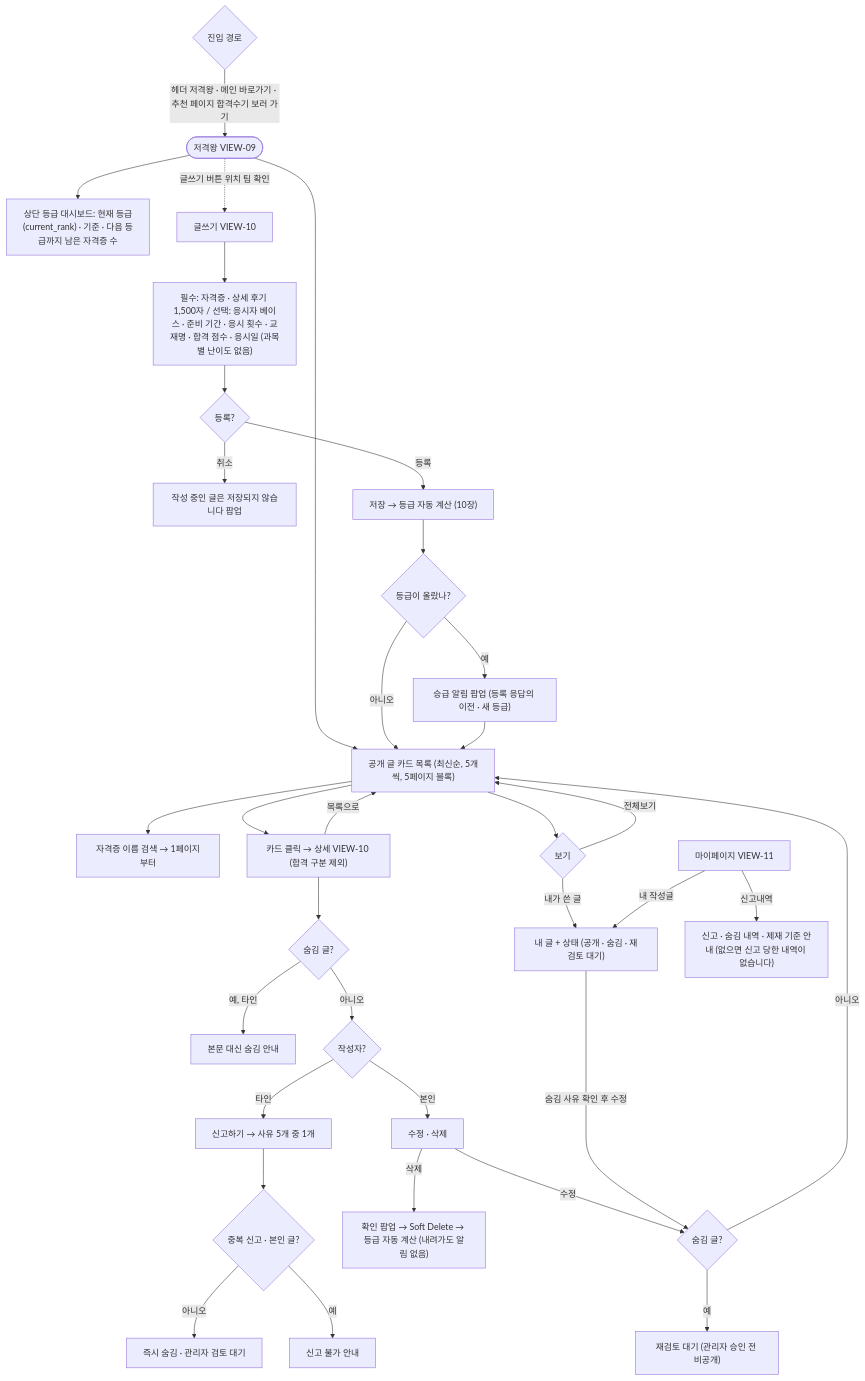
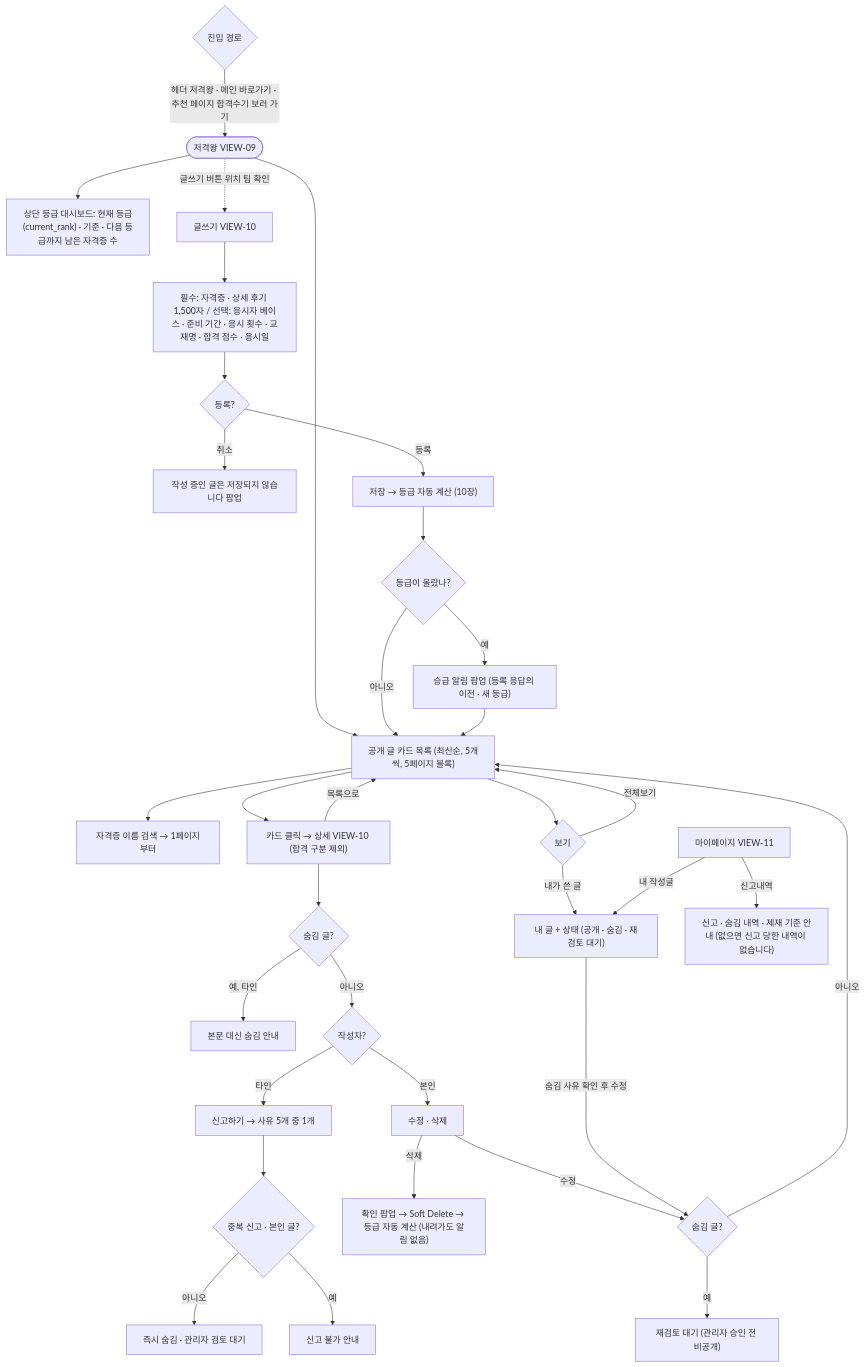
Before and after one commit to team-ap-cert-sniper/cert-sniper: the ninth of 12 diagrams in docs/FLOWCHART.md, drawn with Mermaid. The commit also changed other lines of this file and 361 other files, not shown here.

````diff
--- a/docs/FLOWCHART.md
+++ b/docs/FLOWCHART.md
@@ -306,36 +305,36 @@
 ```mermaid
 flowchart TD
   IN{"진입 경로"} -->|헤더 저격왕 · 메인 바로가기 · 추천 페이지 합격수기 보러 가기| A(["저격왕 VIEW-09"])
   A --> DB["상단 등급 대시보드: 현재 등급(current_rank) · 기준 · 다음 등급까지 남은 자격증 수"]
   A --> L["공개 글 카드 목록 (최신순, 5개씩, 5페이지 블록)"]
   L --> S["자격증 이름 검색 → 1페이지부터"]
   L --> V{"보기"}
   V -->|전체보기| L
   V -->|내가 쓴 글| MYL["내 글 + 상태 (공개 · 숨김 · 재검토 대기)"]
   L --> D["카드 클릭 → 상세 VIEW-10 (합격 구분 제외)"]
   D --> HID{"숨김 글?"}
   HID -->|예, 타인| HN["본문 대신 숨김 안내"]
   HID -->|아니오| O{"작성자?"}
   O -->|본인| ED["수정 · 삭제"]
   O -->|타인| RP["신고하기 → 사유 5개 중 1개"]
   D -->|목록으로| L
   RP --> RP2{"중복 신고 · 본인 글?"}
   RP2 -->|예| RP3["신고 불가 안내"]
   RP2 -->|아니오| RP4["즉시 숨김 · 관리자 검토 대기"]
   A -.->|글쓰기 버튼 위치 팀 확인| W["글쓰기 VIEW-10"]
-  W --> W1["필수: 자격증 · 상세 후기 1,500자 / 선택: 응시자 베이스 · 준비 기간 · 응시 횟수 · 교재명 · 합격 점수 · 응시일 (과목별 난이도 없음)"]
+  W --> W1["필수: 자격증 · 상세 후기 1,500자 / 선택: 응시자 베이스 · 준비 기간 · 응시 횟수 · 교재명 · 합격 점수 · 응시일"]
   W1 --> W2{"등록?"}
   W2 -->|취소| W3["작성 중인 글은 저장되지 않습니다 팝업"]
   W2 -->|등록| W4["저장 → 등급 자동 계산 (10장)"]
   W4 --> UP{"등급이 올랐나?"}
   UP -->|예| UPP["승급 알림 팝업 (등록 응답의 이전 · 새 등급)"]
   UP -->|아니오| L
   UPP --> L
   ED -->|삭제| DEL["확인 팝업 → Soft Delete → 등급 자동 계산 (내려가도 알림 없음)"]
   ED -->|수정| EDT{"숨김 글?"}
   EDT -->|예| RV["재검토 대기 (관리자 승인 전 비공개)"]
   EDT -->|아니오| L
   MYL -->|숨김 사유 확인 후 수정| EDT
   MP["마이페이지 VIEW-11"] -->|내 작성글| MYL
   MP -->|신고내역| RH["신고 · 숨김 내역 · 제재 기준 안내 (없으면 신고 당한 내역이 없습니다)"]
 ```
````
